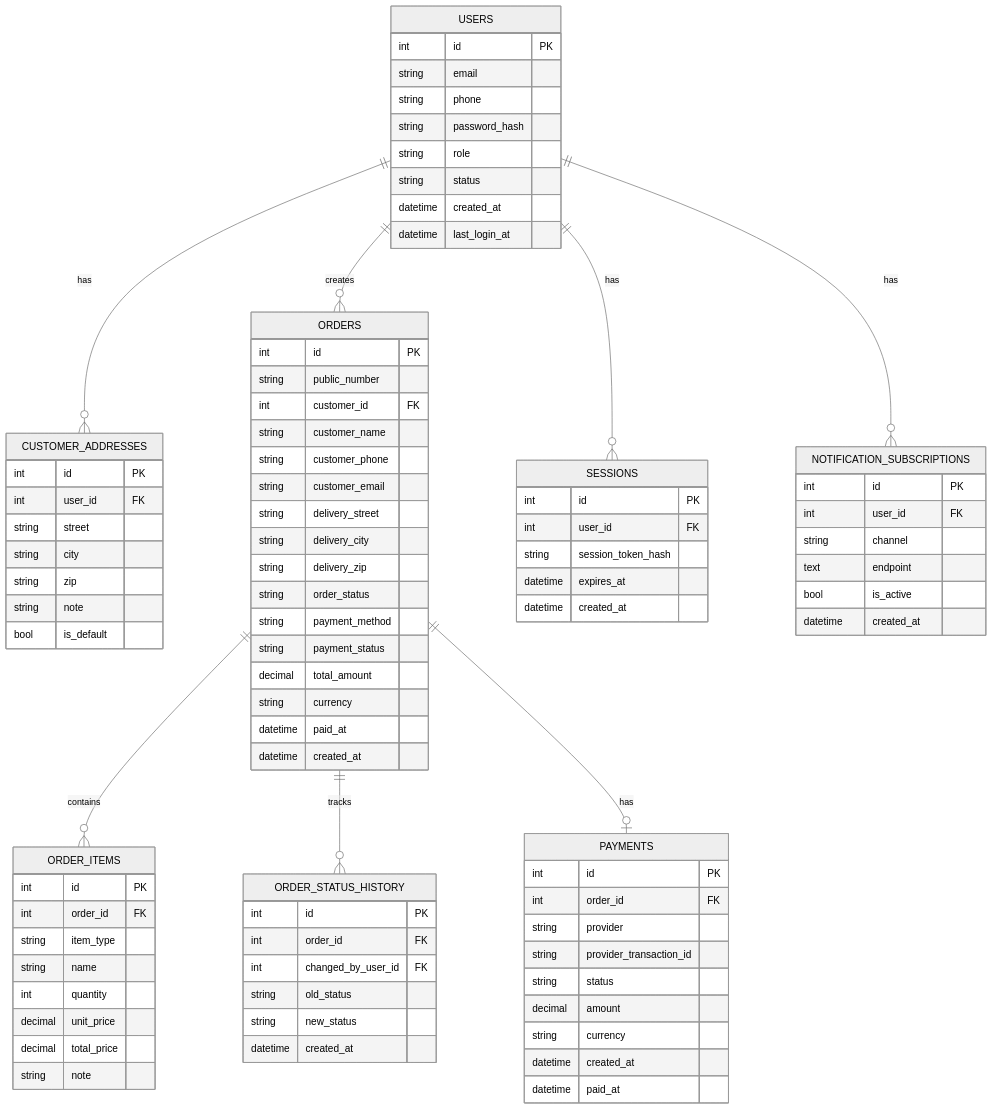
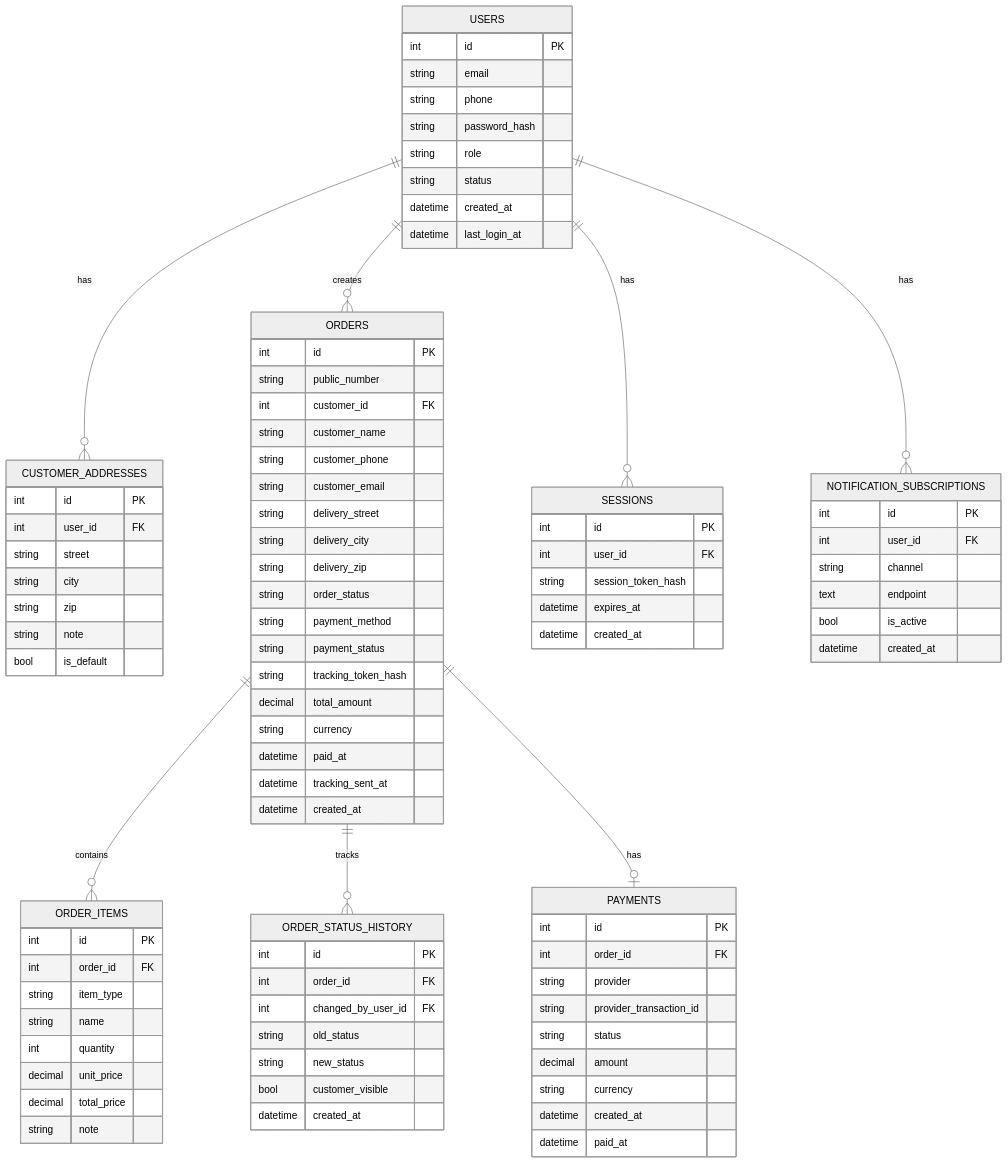
Before and after one commit to Poracanin/pizza-bellizzi: the eighth of 11 diagrams in ARCHITEKTURA.md, drawn with Mermaid (neutral theme). The commit also changed other lines of this file and 5 other files, not shown here.

```diff
--- a/ARCHITEKTURA.md
+++ b/ARCHITEKTURA.md
@@ -209,9 +295,11 @@
     string order_status
     string payment_method
     string payment_status
+    string tracking_token_hash
     decimal total_amount
     string currency
     datetime paid_at
+    datetime tracking_sent_at
     datetime created_at
   }
 
@@ -244,6 +332,7 @@
     int changed_by_user_id FK
     string old_status
     string new_status
+    bool customer_visible
     datetime created_at
   }
 
```
